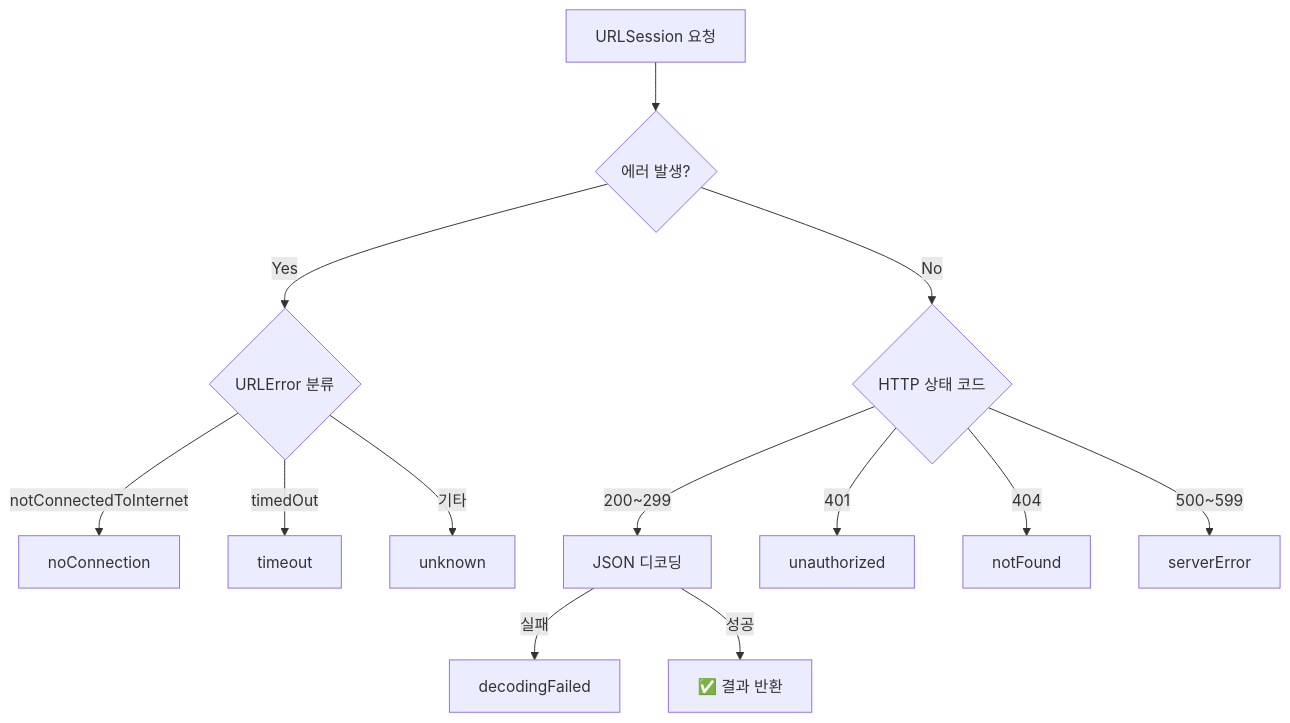
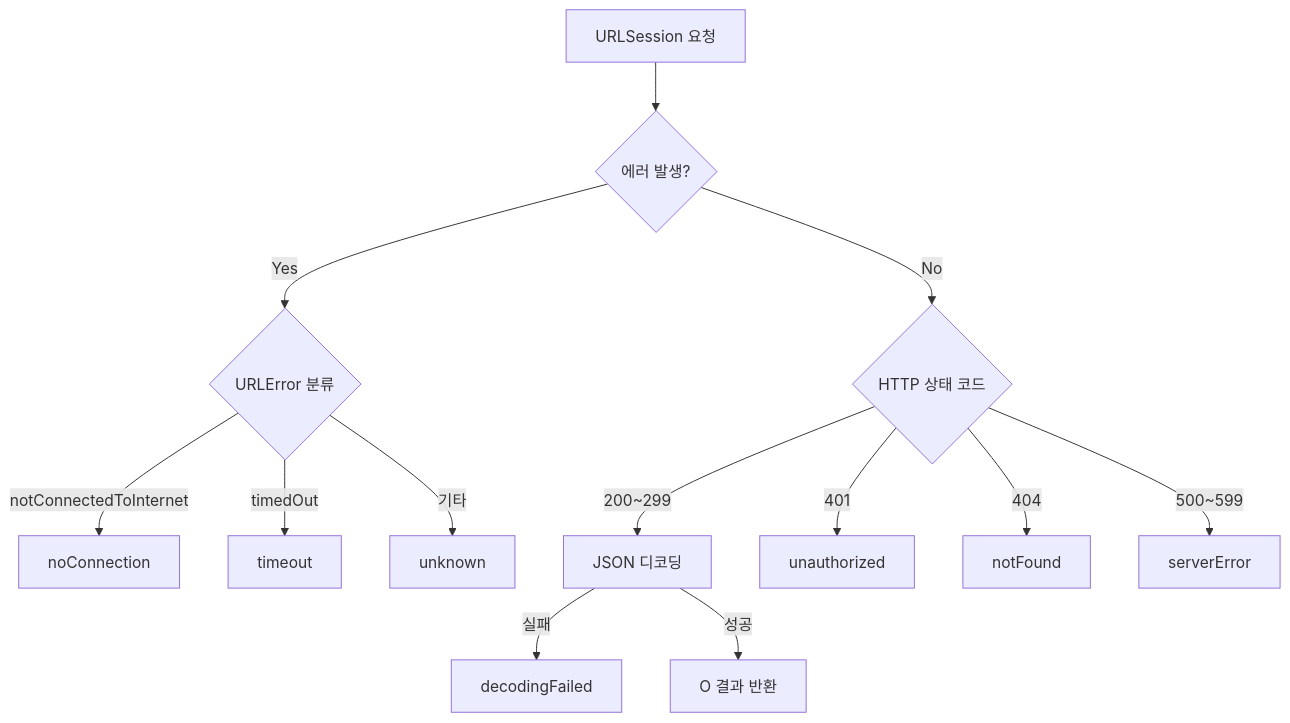
The first of 4 diagrams in 07-networking/04-error-handling.md (jsonpassion/forge-tutorial-swift), drawn with Mermaid before and after one commit. The commit also changed other lines of this file and 69 other files, not shown here.

````diff
--- a/07-networking/04-error-handling.md
+++ b/07-networking/04-error-handling.md
@@ -25,15 +25,15 @@
 ```mermaid
 flowchart TD
     A["URLSession 요청"] --> B{"에러 발생?"}
     B -->|No| C{"HTTP 상태 코드"}
     B -->|Yes| D{"URLError 분류"}
     D -->|notConnectedToInternet| E["noConnection"]
     D -->|timedOut| F["timeout"]
     D -->|기타| G["unknown"]
     C -->|200~299| H["JSON 디코딩"]
     C -->|401| I["unauthorized"]
     C -->|404| J["notFound"]
     C -->|500~599| K["serverError"]
     H -->|실패| L["decodingFailed"]
-    H -->|성공| M["✅ 결과 반환"]
+    H -->|성공| M["O 결과 반환"]
 ```
````
